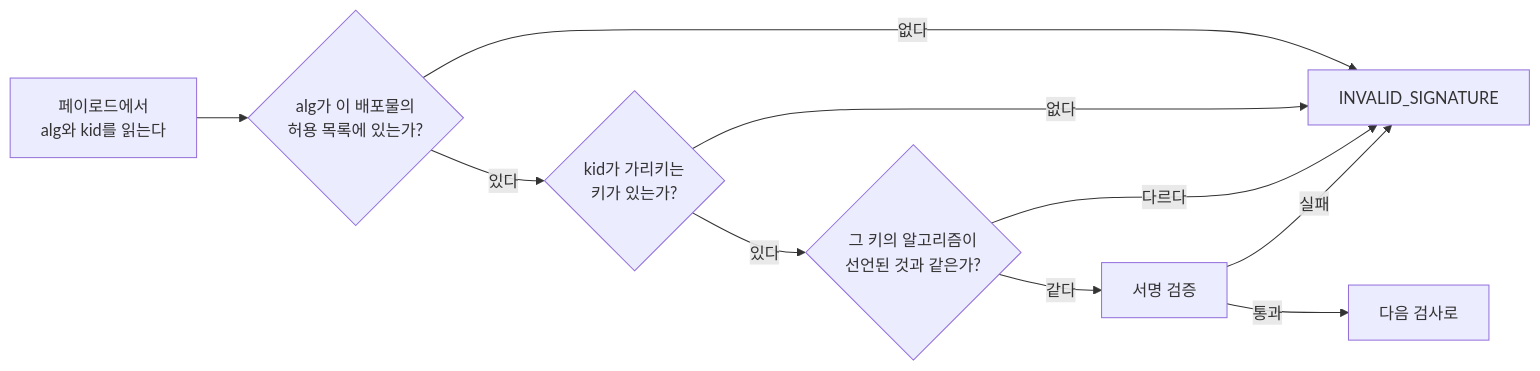
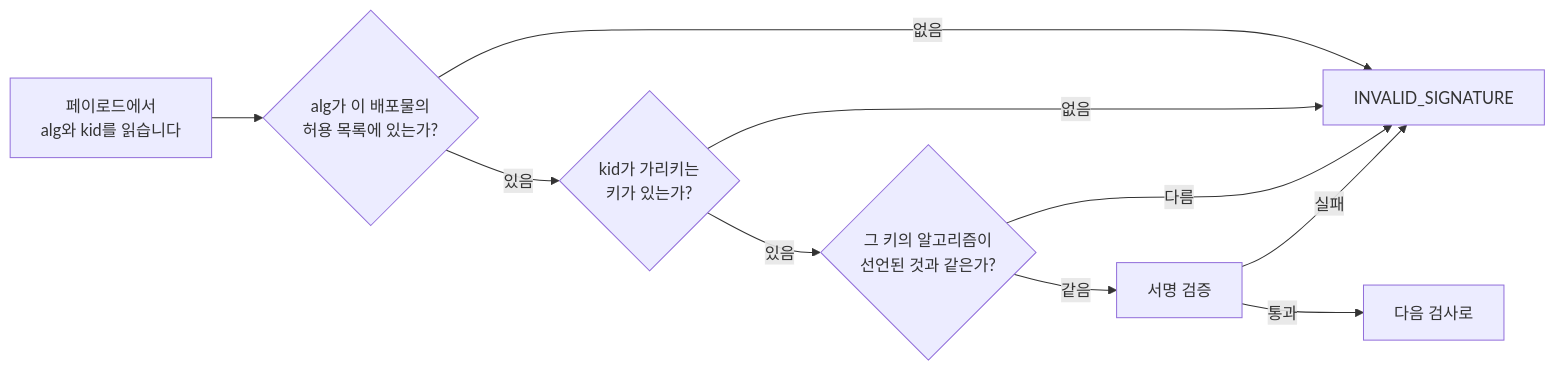
The sixth of 7 diagrams in docs/manual/ko/concepts.md (accesscore-dev/accesscore-license-sdk-dist), drawn with Mermaid before and after one commit. The commit also changed other lines of this file and 6 other files, not shown here.

Commit message:
docs: hold the Korean diagrams to the same style as the prose

````diff
--- a/docs/manual/ko/concepts.md
+++ b/docs/manual/ko/concepts.md
@@ -312,12 +312,12 @@
 ```mermaid
 flowchart LR
-    A[페이로드에서<br/>alg와 kid를 읽는다] --> B{alg가 이 배포물의<br/>허용 목록에 있는가?}
-    B -->|없다| X[INVALID_SIGNATURE]
-    B -->|있다| C{kid가 가리키는<br/>키가 있는가?}
-    C -->|없다| X
-    C -->|있다| D{그 키의 알고리즘이<br/>선언된 것과 같은가?}
-    D -->|다르다| X
-    D -->|같다| E[서명 검증]
+    A[페이로드에서<br/>alg와 kid를 읽습니다] --> B{alg가 이 배포물의<br/>허용 목록에 있는가?}
+    B -->|없음| X[INVALID_SIGNATURE]
+    B -->|있음| C{kid가 가리키는<br/>키가 있는가?}
+    C -->|없음| X
+    C -->|있음| D{그 키의 알고리즘이<br/>선언된 것과 같은가?}
+    D -->|다름| X
+    D -->|같음| E[서명 검증]
     E -->|실패| X
     E -->|통과| OK[다음 검사로]
 ```
````
